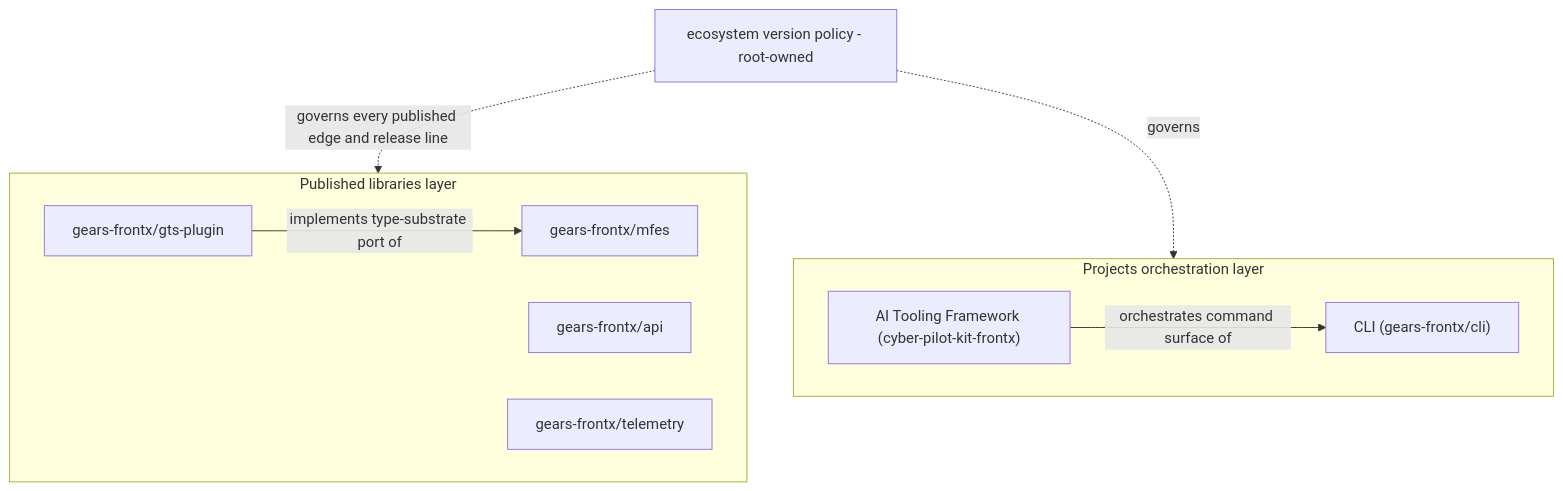
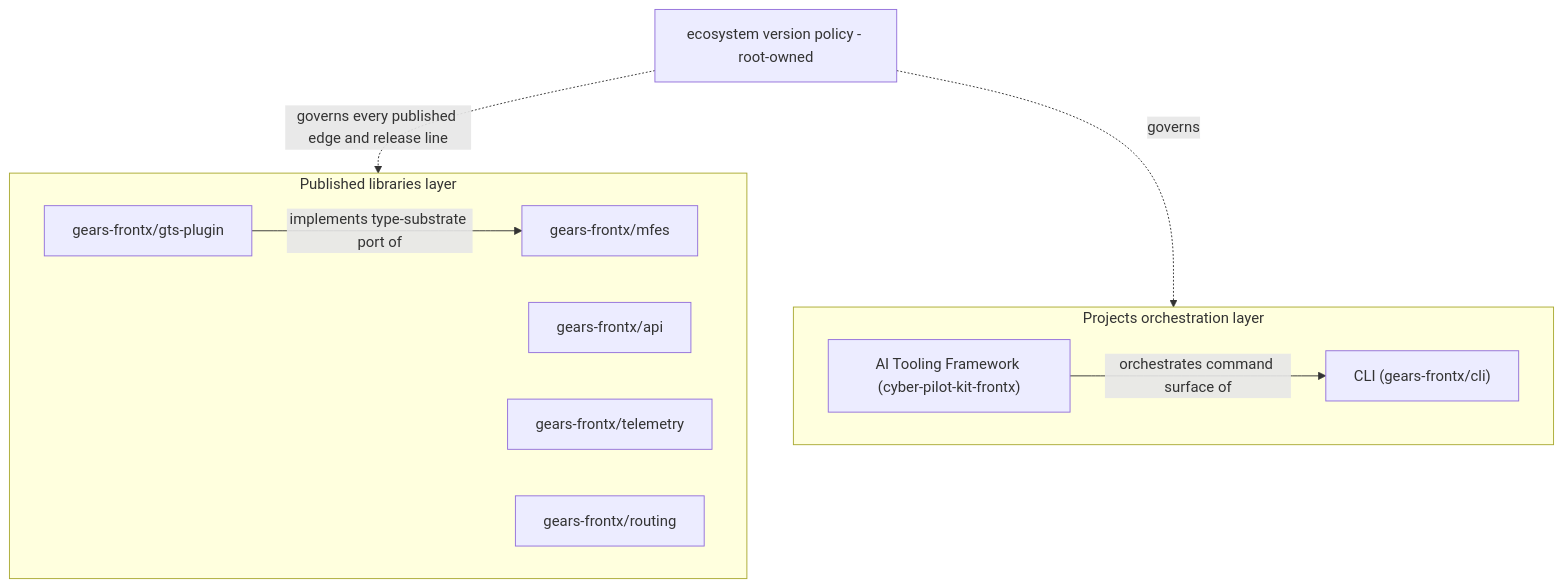
Before and after one commit to GeraBart/gears-frontx: the second of 3 diagrams in architecture/DESIGN.md, drawn with Mermaid. The commit also changed other lines of this file and 4 other files, not shown here.

First line of the commit message:
docs(architecture): record the routing member in the root layer model

````diff
--- a/architecture/DESIGN.md
+++ b/architecture/DESIGN.md
@@ -264,18 +265,19 @@
 ```mermaid
 graph TD
     subgraph Orch[Projects orchestration layer]
         CLI["CLI (gears-frontx/cli)"]
         KIT["AI Tooling Framework (cyber-pilot-kit-frontx)"]
     end
     subgraph Libs[Published libraries layer]
         MFES[gears-frontx/mfes]
         GTS[gears-frontx/gts-plugin]
         API[gears-frontx/api]
         TEL[gears-frontx/telemetry]
+        ROUTING[gears-frontx/routing]
     end
     POL[ecosystem version policy - root-owned]
     GTS -- "implements type-substrate port of" --> MFES
     KIT -- "orchestrates command surface of" --> CLI
     POL -. "governs every published edge and release line" .-> Libs
     POL -. "governs" .-> Orch
 ```
````
